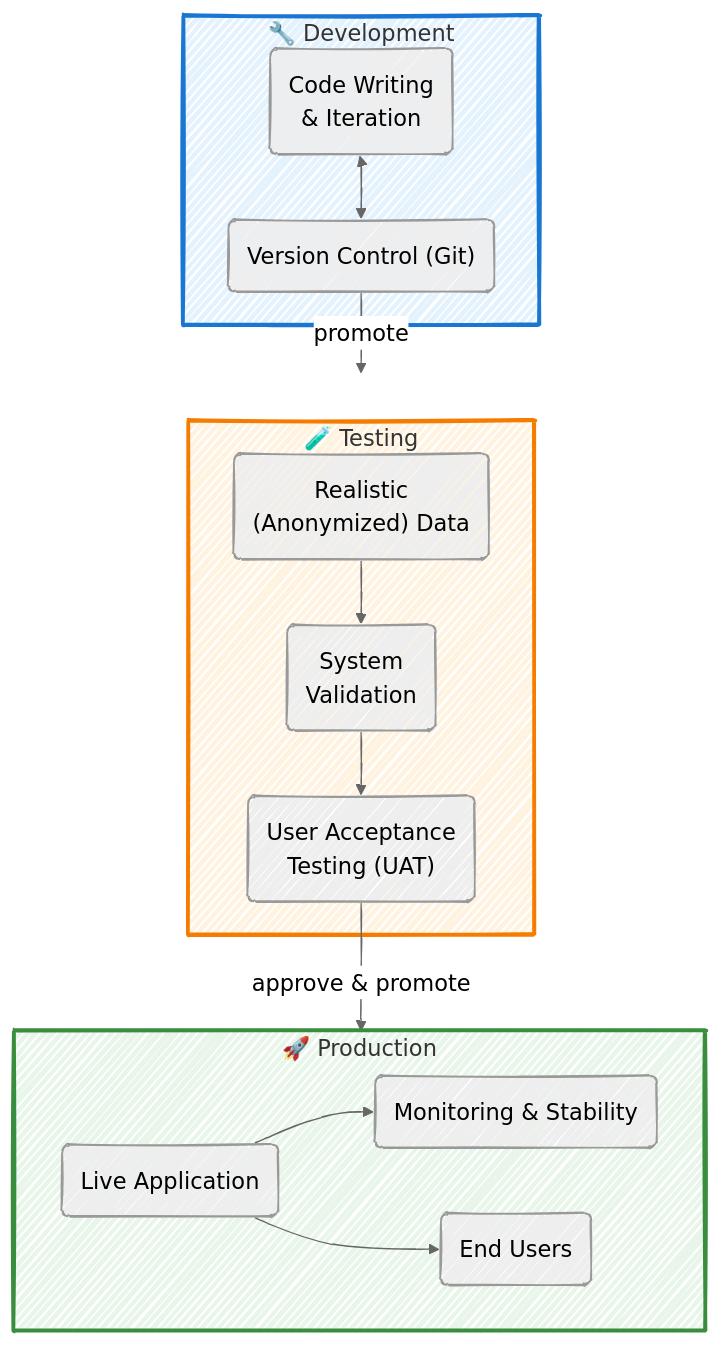
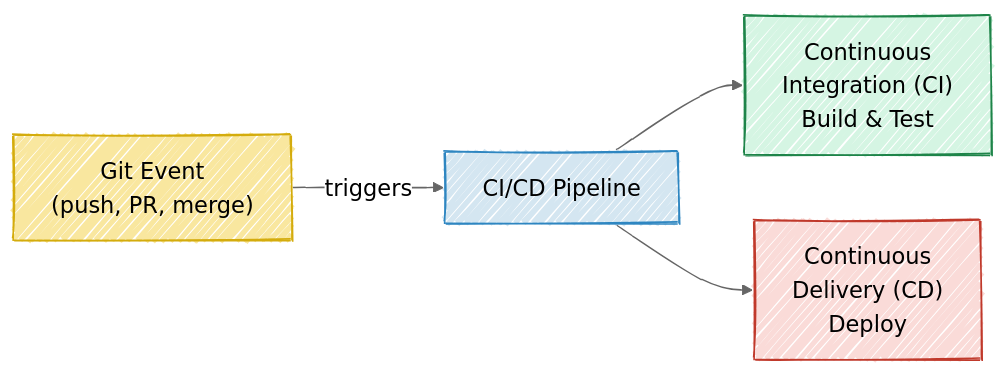
One commit to mjfrigaard/do4ds-labs changed the second of 5 diagrams in lab5.qmd. Above: the diagram before and after it, drawn with Mermaid. The commit also changed other lines of this file and 5 other files, not shown here.

````diff
--- a/lab5.qmd
+++ b/lab5.qmd
@@ -118,37 +136,15 @@
 ```{mermaid}
-%%| fig-cap: 'Data Science Environments'
+%%| fig-cap: 'Git & CI/CD'
 %%| fig-width: 7.0
 %%| fig-align: center
 %%{init: {'theme': 'neutral', 'look': 'handDrawn', 'themeVariables': { 'fontFamily': 'monospace', "fontSize":"18px"}}}%%
+flowchart LR
+    GitEv["Git Event<br>(push, PR, merge)"] -->|"triggers"| CICD["CI/CD Pipeline"]
+    CICD --> CI["Continuous<br>Integration (CI)<br>Build & Test"]
+    CICD --> CD["Continuous<br>Delivery (CD)<br>Deploy"]
 
-
-flowchart TD
-    subgraph DevEnv["🔧 Development"]
-        DevCode("Code Writing<br>& Iteration")
-        Git("Version Control (Git)")
-        DevCode <--> Git
-    end
-
-    subgraph TestEnv["🧪 Testing"]
-        AnonData("Realistic<br>(Anonymized) Data")
-        SysVal("System <br>Validation")
-        UAT("User Acceptance<br>Testing (UAT)")
-        AnonData --> SysVal --> UAT
-    end
-
-    subgraph ProdEnv["🚀 Production"]
-        LiveApp("Live Application")
-        Monitor("Monitoring & Stability")
-        EndUser("End Users")
-        LiveApp --> Monitor
-        LiveApp --> EndUser
-    end
-
-    Git -->|"promote"| TestEnv
-    UAT -->|"approve & promote"| ProdEnv
-
-    style DevEnv fill:#e3f2fd,stroke:#1976d2,stroke-width:3px
-    style TestEnv fill:#fff3e0,stroke:#f57c00,stroke-width:3px
-    style ProdEnv fill:#e8f5e9,stroke:#388e3c,stroke-width:3px
-    
+    style GitEv fill:#F9E79F,stroke:#D4AC0D,color:#000
+    style CICD fill:#D4E6F1,stroke:#2E86C1,color:#000
+    style CI fill:#D5F5E3,stroke:#1E8449,color:#000
+    style CD fill:#FADBD8,stroke:#C0392B,color:#000
 ```
````
